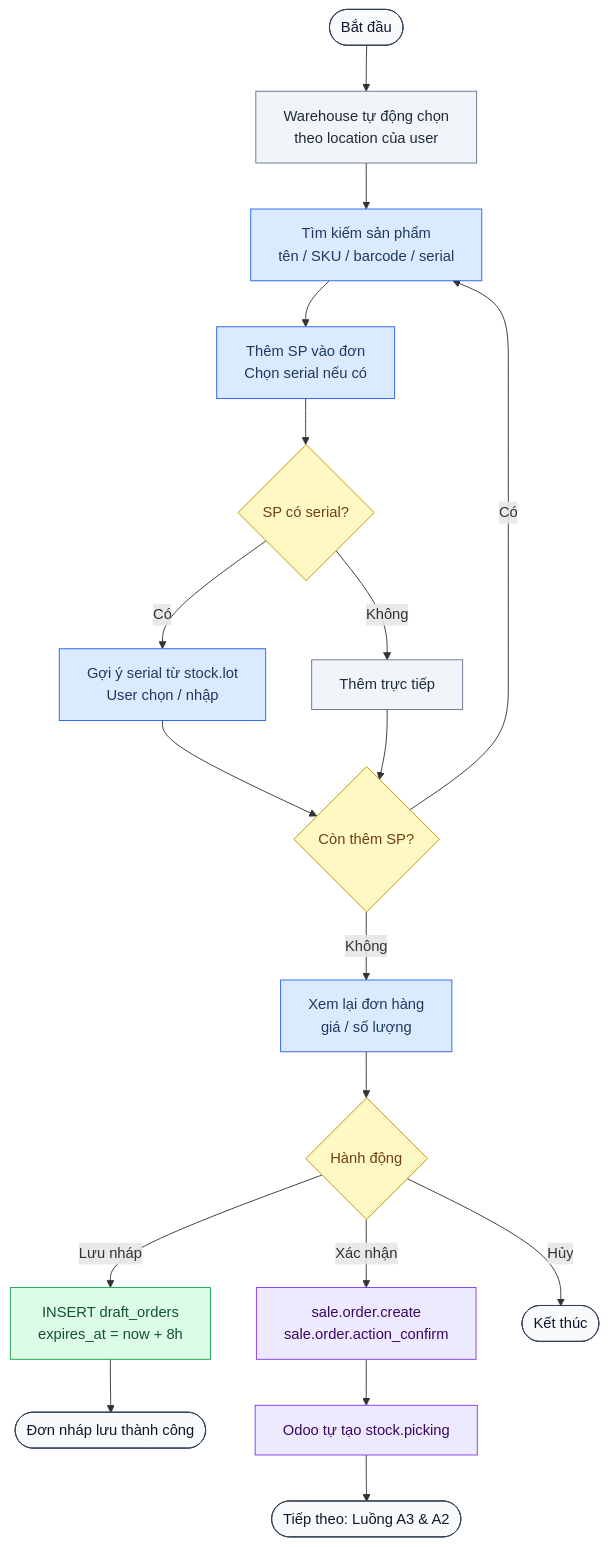
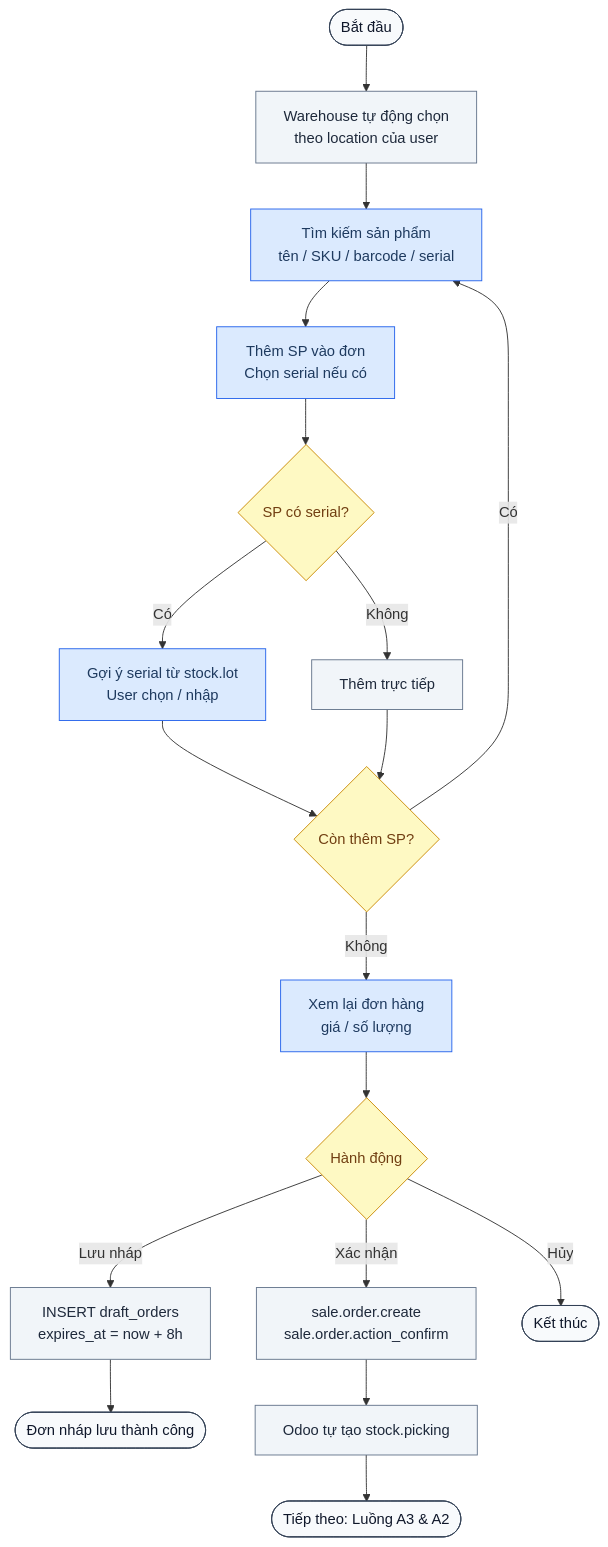
One commit to ngohuuduc/VJ_mobile_POS changed the first of 15 diagrams in process_flow.md. Above: the diagram before and after it, drawn with Mermaid. The commit also changed other lines of this file and 2 other files, not shown here.

Commit message:
Update documentation: increment version and update last modified date for open questions, process flow, and scope documents

````diff
--- a/process_flow.md
+++ b/process_flow.md
@@ -57,28 +59,27 @@
 ```mermaid
 flowchart TD
     classDef user fill:#DBEAFE,stroke:#2563EB,color:#1e3a5f
     classDef system fill:#F1F5F9,stroke:#64748B,color:#1e293b
-    classDef odoo fill:#EDE9FE,stroke:#7C3AED,color:#3b0764
-    classDef db fill:#DCFCE7,stroke:#16A34A,color:#14532d
+    classDef accountant fill:#CCFBF1,stroke:#0D9488,color:#134E4A
     classDef decision fill:#FEF9C3,stroke:#CA8A04,color:#713f12
     classDef terminal fill:#F8FAFC,stroke:#334155,color:#0f172a
     classDef warning fill:#FEE2E2,stroke:#DC2626,color:#7f1d1d
 
     A([Bắt đầu]):::terminal --> B[Warehouse tự động chọn\ntheo location của user]:::system
     B --> C[Tìm kiếm sản phẩm\ntên / SKU / barcode / serial]:::user
     C --> D[Thêm SP vào đơn\nChọn serial nếu có]:::user
     D --> E{SP có serial?}:::decision
     E -- Có --> F[Gợi ý serial từ stock.lot\nUser chọn / nhập]:::user
     E -- Không --> G[Thêm trực tiếp]:::system
     F --> H{Còn thêm SP?}:::decision
     G --> H
     H -- Có --> C
     H -- Không --> I[Xem lại đơn hàng\ngiá / số lượng]:::user
     I --> J{Hành động}:::decision
-    J -- Lưu nháp --> K[INSERT draft_orders\nexpires_at = now + 8h]:::db
+    J -- Lưu nháp --> K[INSERT draft_orders\nexpires_at = now + 8h]:::system
     K --> L([Đơn nháp lưu thành công]):::terminal
-    J -- Xác nhận --> M[sale.order.create\nsale.order.action_confirm]:::odoo
-    M --> N[Odoo tự tạo stock.picking]:::odoo
+    J -- Xác nhận --> M[sale.order.create\nsale.order.action_confirm]:::system
+    M --> N[Odoo tự tạo stock.picking]:::system
     N --> O([Tiếp theo: Luồng A3 & A2]):::terminal
     J -- Hủy --> P([Kết thúc]):::terminal
 ```
````
